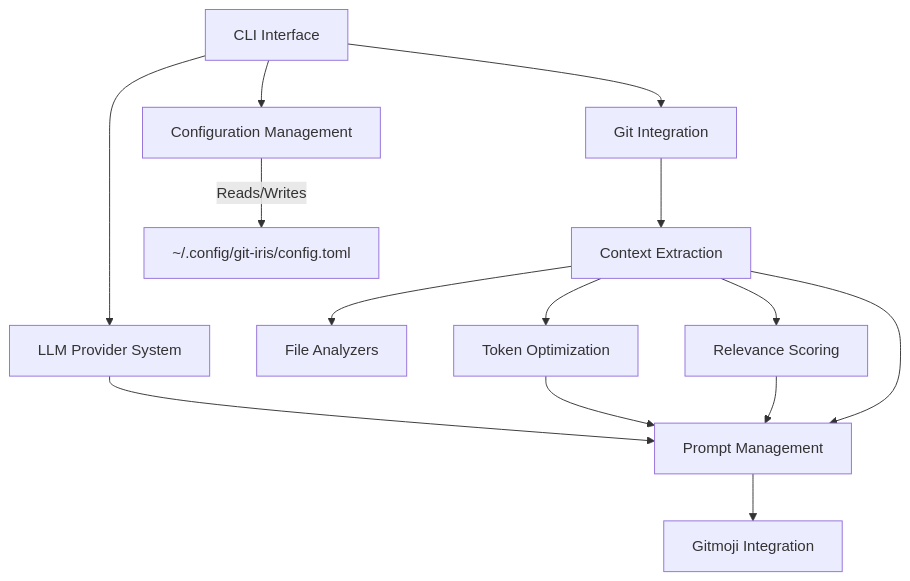
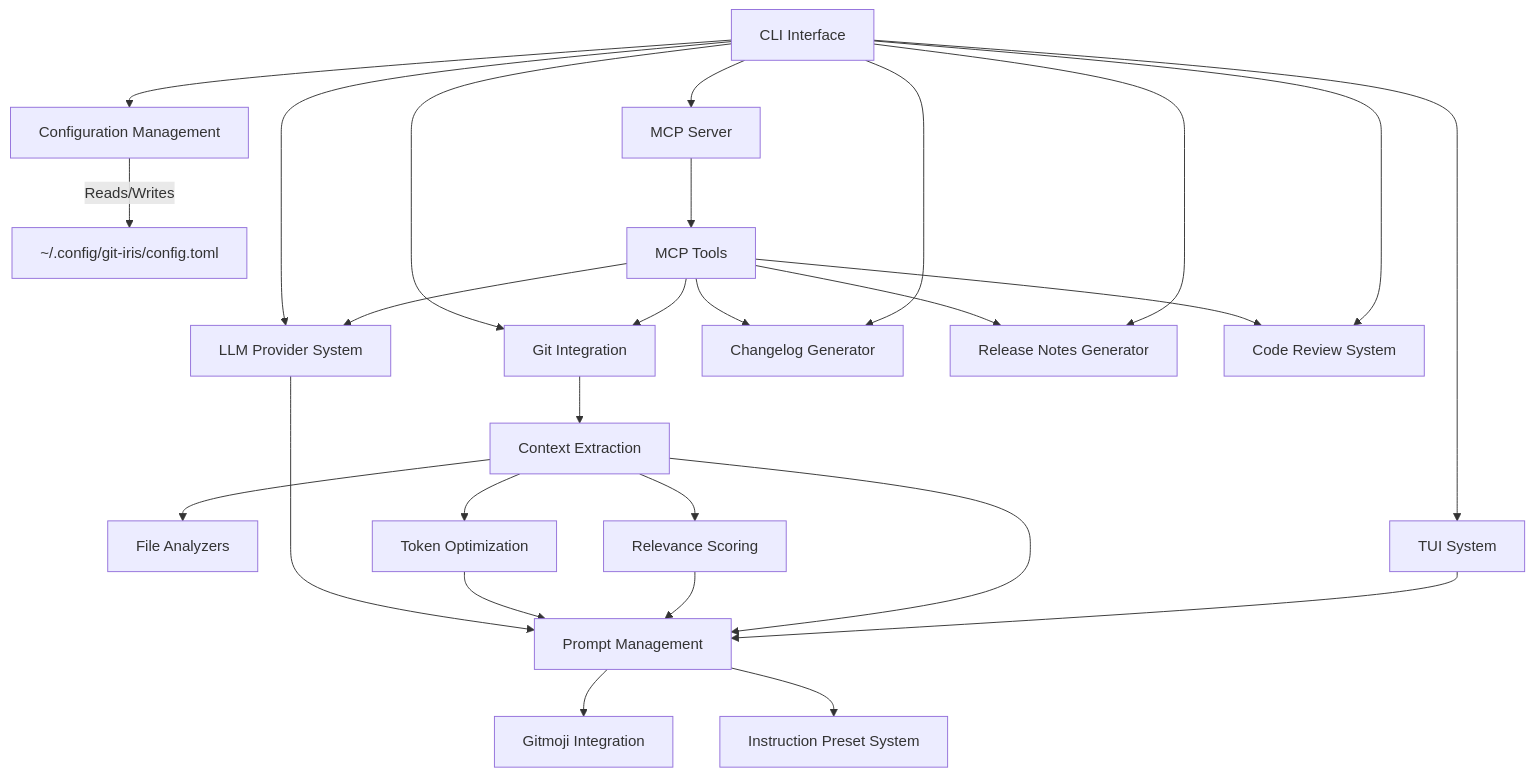
The diagram in docs/git-iris-architecture.md (jo-charles/git-iris), drawn with Mermaid before and after one commit. The commit also changed other lines of this file and 2 other files, not shown here.

````diff
--- a/docs/git-iris-architecture.md
+++ b/docs/git-iris-architecture.md
@@ -177,16 +225,29 @@
 ```mermaid
 graph TD
     A[CLI Interface] --> B[Git Integration]
     A --> C[Configuration Management]
     A --> D[LLM Provider System]
     B --> E[Context Extraction]
     E --> F[File Analyzers]
     E --> G[Token Optimization]
     E --> K[Relevance Scoring]
     D --> H[Prompt Management]
     H --> I[Gitmoji Integration]
     G --> H
     K --> H
     E --> H
     C -->|Reads/Writes| J[~/.config/git-iris/config.toml]
+    A --> L[TUI System]
+    L --> H
+    A --> M[MCP Server]
+    M --> N[MCP Tools]
+    N --> B
+    N --> D
+    N --> O[Changelog Generator]
+    N --> P[Release Notes Generator]
+    N --> Q[Code Review System]
+    A --> O
+    A --> P
+    A --> Q
+    H --> R[Instruction Preset System]
 ```
````
